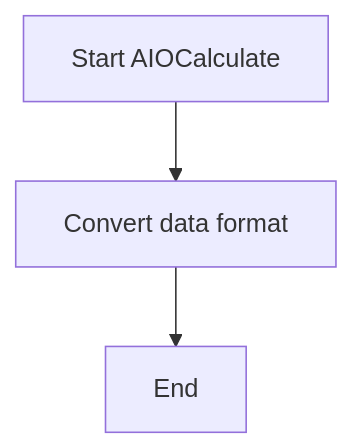
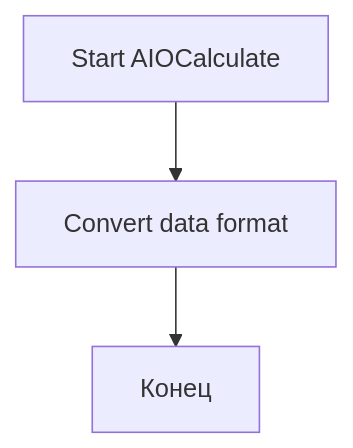
Before and after one commit to aicommunity/Rdk-BasicLib: the fourth of 5 diagrams in Docs/Components/UIOConverter.md, drawn with Mermaid. The commit also changed other lines of this file and 9 other files, not shown here.

````diff
--- a/Docs/Components/UIOConverter.md
+++ b/Docs/Components/UIOConverter.md
@@ -72,5 +73,5 @@
 ```mermaid
 flowchart TD
     start[Start AIOCalculate] --> convert[Convert data format]
-    convert --> endNode[End]
+    convert --> endNode[Конец]
 ```
````
